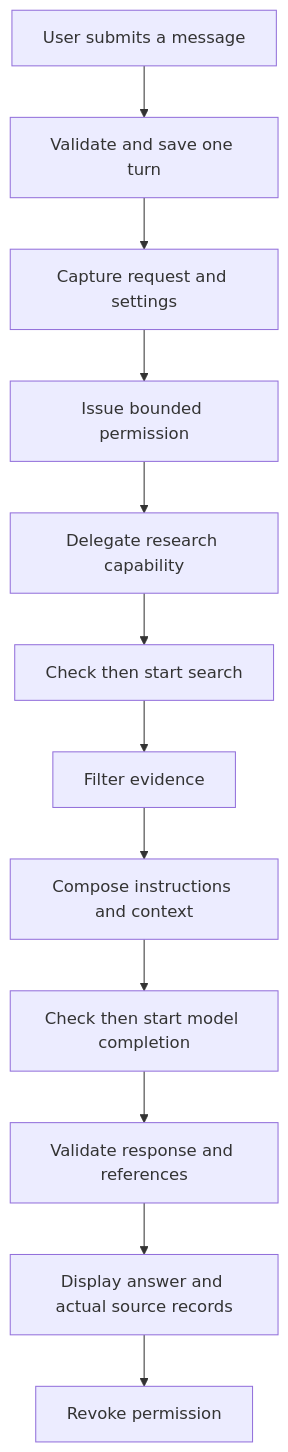
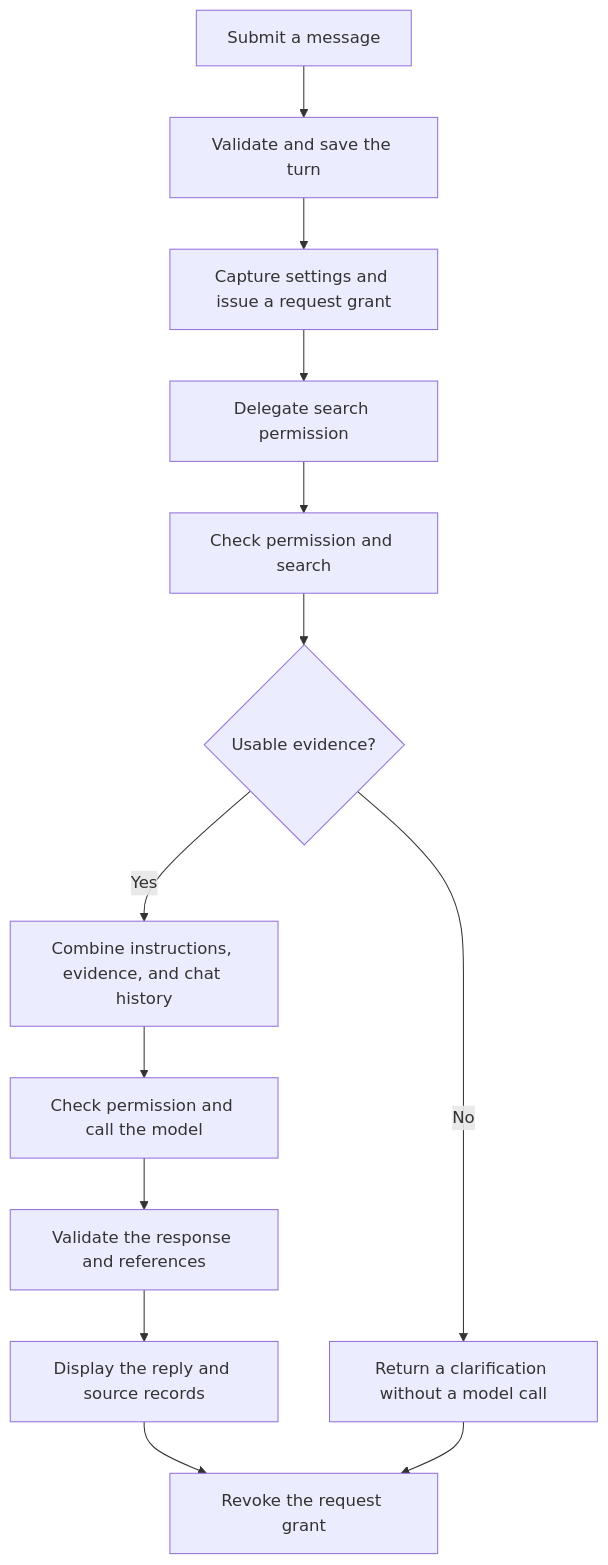
The diagram in docs/LEARNING_GUIDE.md (C1S9/career-planning-assistant), drawn with Mermaid before and after one commit. The commit also changed other lines of this file and 5 other files, not shown here.

````diff
--- a/docs/LEARNING_GUIDE.md
+++ b/docs/LEARNING_GUIDE.md
@@ -68,14 +71,15 @@
 ```mermaid
 flowchart TD
-    A[User submits a message] --> B[Validate and save one turn]
-    B --> C[Capture request and settings]
-    C --> D[Issue bounded permission]
-    D --> E[Delegate research capability]
-    E --> F[Check then start search]
-    F --> G[Filter evidence]
-    G --> H[Compose instructions and context]
-    H --> I[Check then start model completion]
-    I --> J[Validate response and references]
-    J --> K[Display answer and actual source records]
-    K --> L[Revoke permission]
+    A[Submit a message] --> B[Validate and save the turn]
+    B --> C[Capture settings and issue a request grant]
+    C --> D[Delegate search permission]
+    D --> E[Check permission and search]
+    E --> F{Usable evidence?}
+    F -->|Yes| G[Combine instructions, evidence, and chat history]
+    G --> H[Check permission and call the model]
+    H --> I[Validate the response and references]
+    I --> J[Display the reply and source records]
+    F -->|No| K[Return a clarification without a model call]
+    J --> L[Revoke the request grant]
+    K --> L
 ```
````
